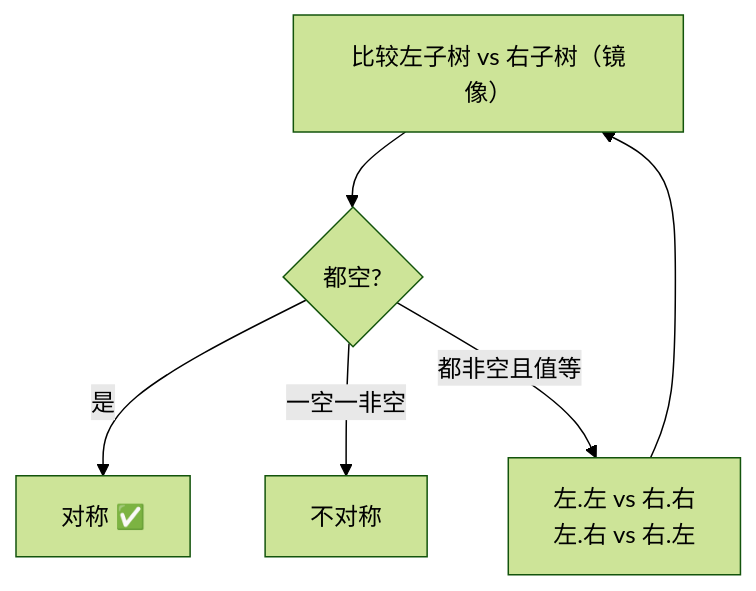
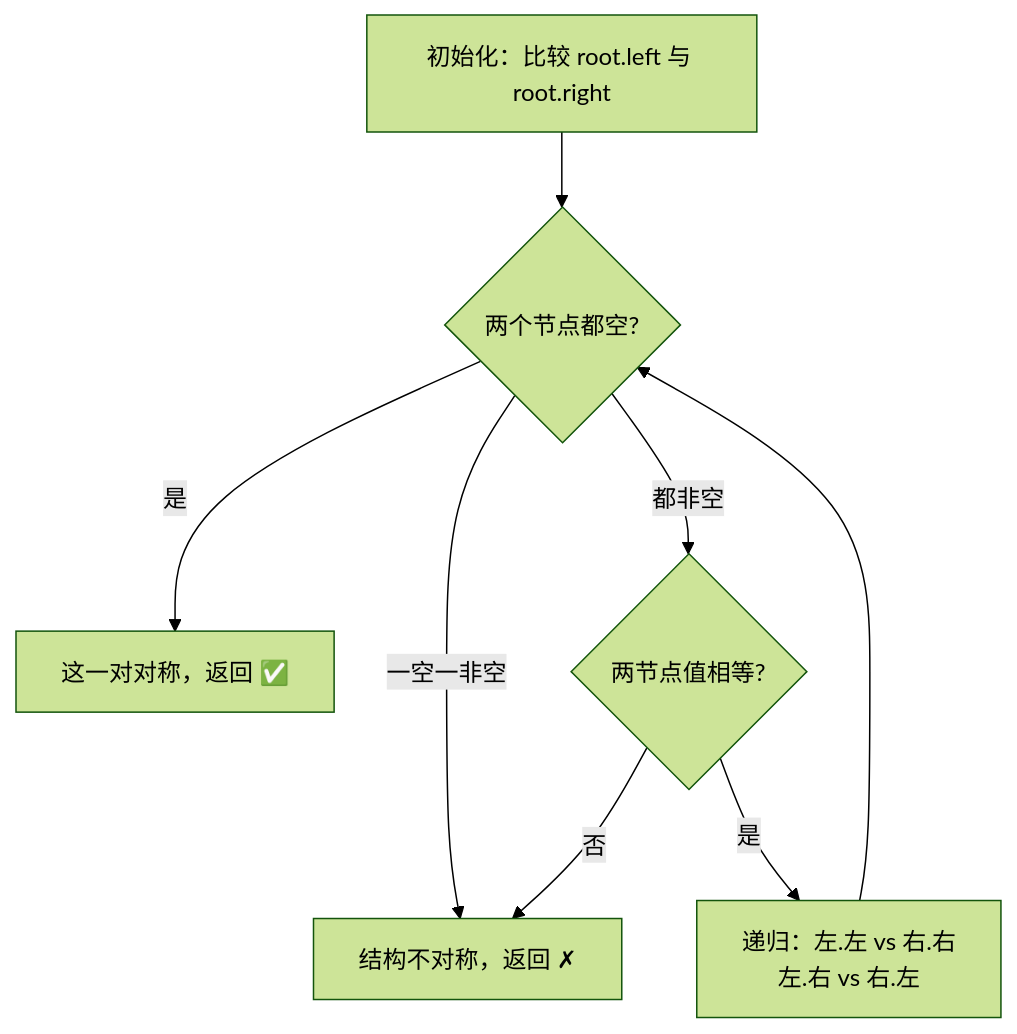
Before and after one commit to OctalZero/hot100-py: the first of 2 diagrams in 09-二叉树/0101-对称二叉树.md, drawn with Mermaid (forest theme). The commit also changed other lines of this file and 117 other files, not shown here.

First line of the commit message:
feat: 全题解配图升级为「动画式 mermaid」（总览骨架 + 横向时间线逐步推演）

````diff
--- a/09-二叉树/0101-对称二叉树.md
+++ b/09-二叉树/0101-对称二叉树.md
@@ -5,8 +5,10 @@
 ```mermaid
 flowchart TD
-    A["比较左子树 vs 右子树（镜像）"] --> B{"都空?"}
-    B -- "是" --> C["对称 ✅"]
-    B -- "一空一非空" --> D["不对称"]
-    B -- "都非空且值等" --> E["左.左 vs 右.右<br/>左.右 vs 右.左"]
-    E --> A
+    A["初始化：比较 root.left 与 root.right"] --> B{"两个节点都空?"}
+    B -->|"是"| C["这一对对称，返回 ✅"]
+    B -->|"一空一非空"| D["结构不对称，返回 ✗"]
+    B -->|"都非空"| E{"两节点值相等?"}
+    E -->|"否"| D
+    E -->|"是"| F["递归：左.左 vs 右.右<br/>左.右 vs 右.左"]
+    F --> B
 ```
````
